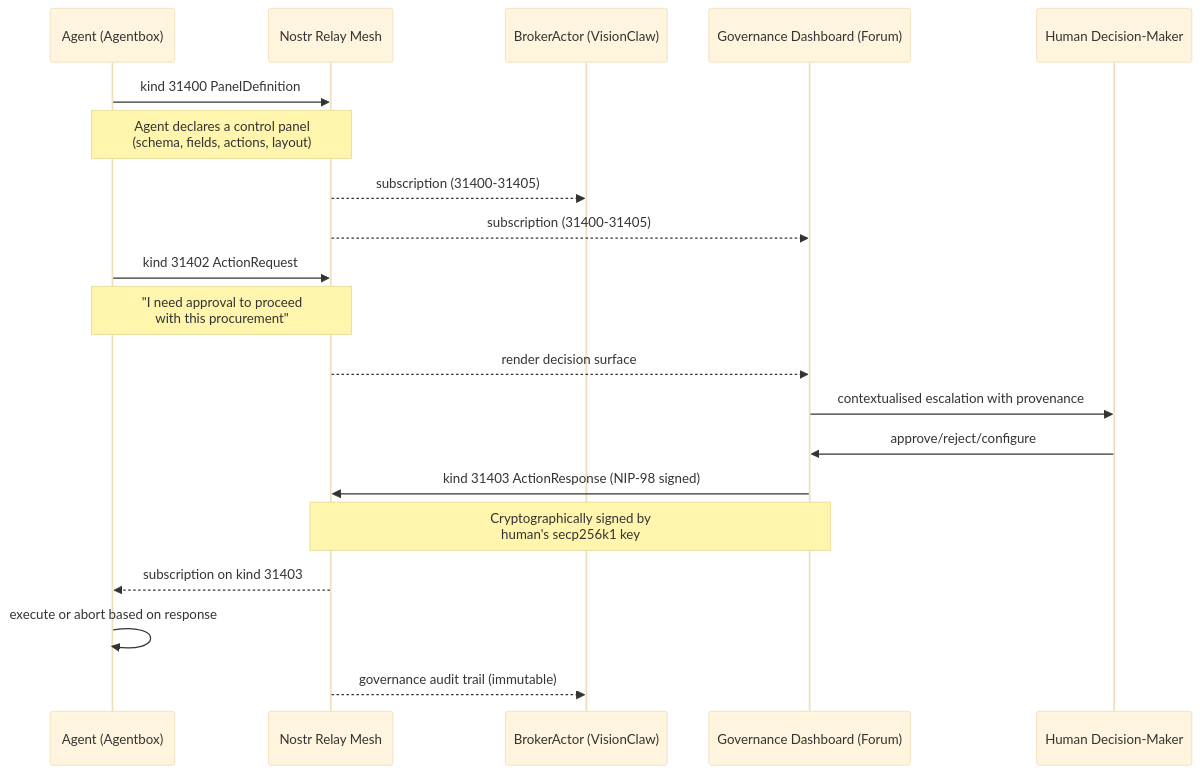
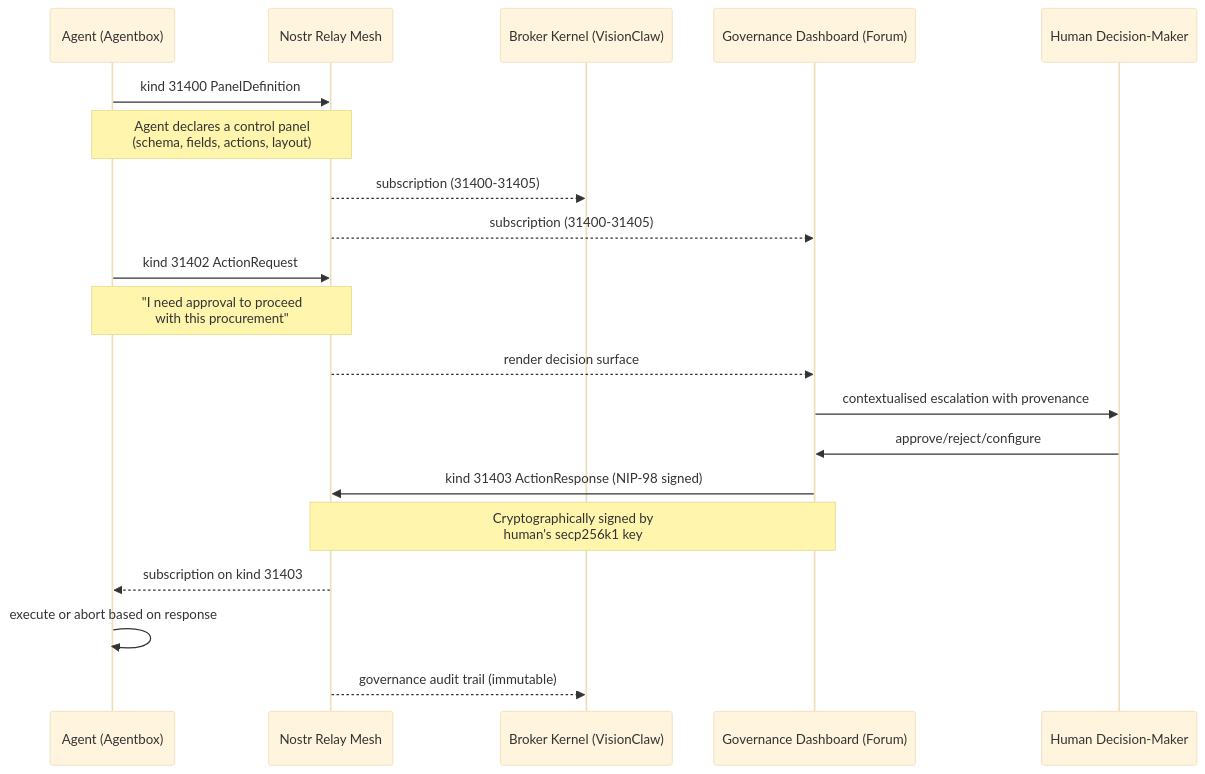
Before and after one commit to DreamLab-AI/VisionFlow: the fourth of 10 diagrams in README.md, drawn with Mermaid (base theme). The commit also changed other lines of this file and 15 other files, not shown here.

````diff
--- a/README.md
+++ b/README.md
@@ -318,26 +321,26 @@
 ```mermaid
 sequenceDiagram
     participant Agent as Agent (Agentbox)
     participant Relay as Nostr Relay Mesh
-    participant Broker as BrokerActor (VisionClaw)
+    participant Broker as Broker Kernel (VisionClaw)
     participant Forum as Governance Dashboard (Forum)
     participant Human as Human Decision-Maker
 
     Agent->>Relay: kind 31400 PanelDefinition
     Note over Agent,Relay: Agent declares a control panel<br/>(schema, fields, actions, layout)
     Relay-->>Broker: subscription (31400-31405)
     Relay-->>Forum: subscription (31400-31405)
 
     Agent->>Relay: kind 31402 ActionRequest
     Note over Agent,Relay: "I need approval to proceed<br/>with this procurement"
     Relay-->>Forum: render decision surface
     Forum->>Human: contextualised escalation with provenance
 
     Human->>Forum: approve/reject/configure
     Forum->>Relay: kind 31403 ActionResponse (NIP-98 signed)
     Note over Forum,Relay: Cryptographically signed by<br/>human's secp256k1 key
 
     Relay-->>Agent: subscription on kind 31403
     Agent->>Agent: execute or abort based on response
     Relay-->>Broker: governance audit trail (immutable)
 ```
````
